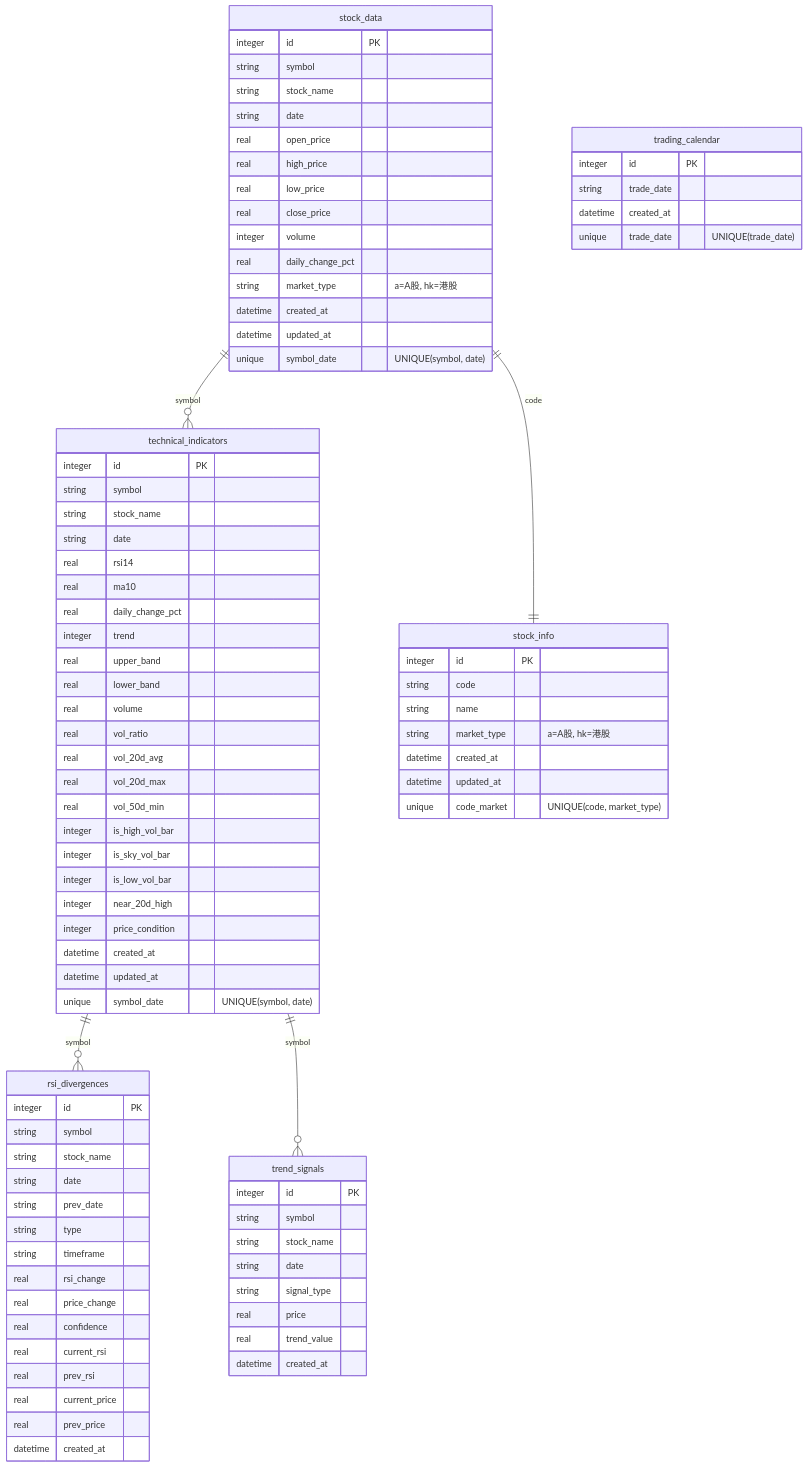
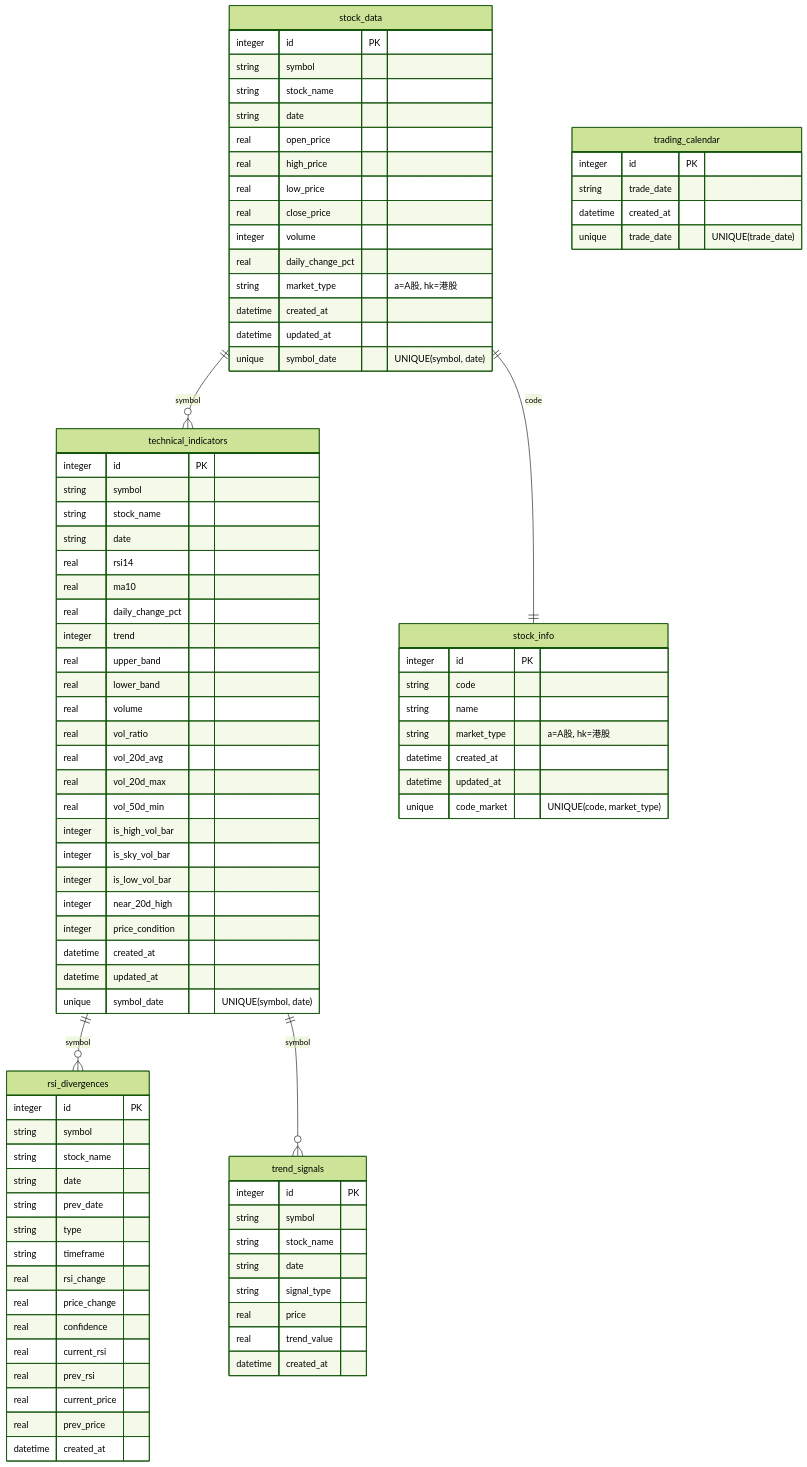
The second of 4 diagrams in Readme.md (jerlinn/PulseTrader), drawn with Mermaid before and after one commit. The commit also changed other lines of this file, not shown here.

````diff
--- a/Readme.md
+++ b/Readme.md
@@ -93,4 +93,5 @@
 ```mermaid
+%%{init: {'theme':'forest'}}%%
 erDiagram
     stock_data ||--o{ technical_indicators : symbol
     technical_indicators ||--o{ rsi_divergences : symbol
````
